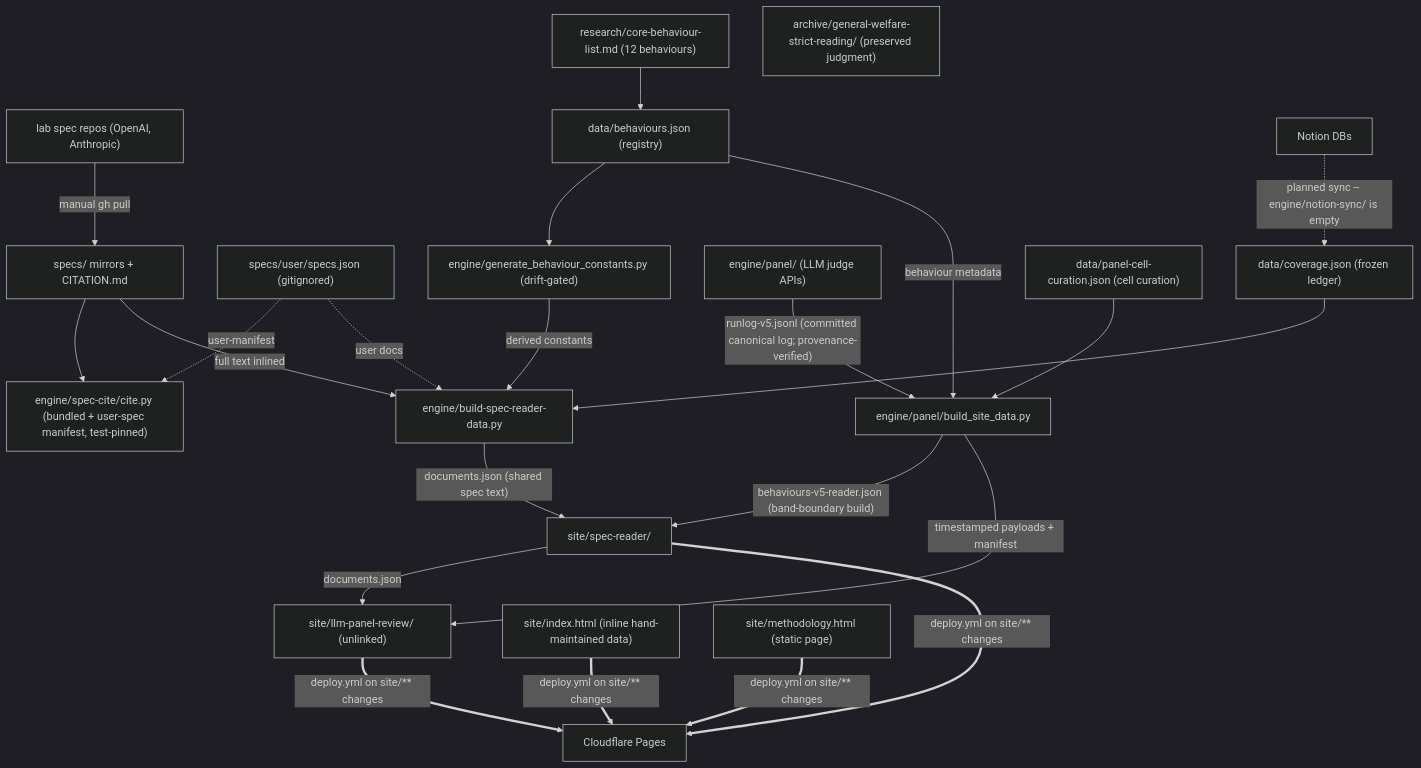
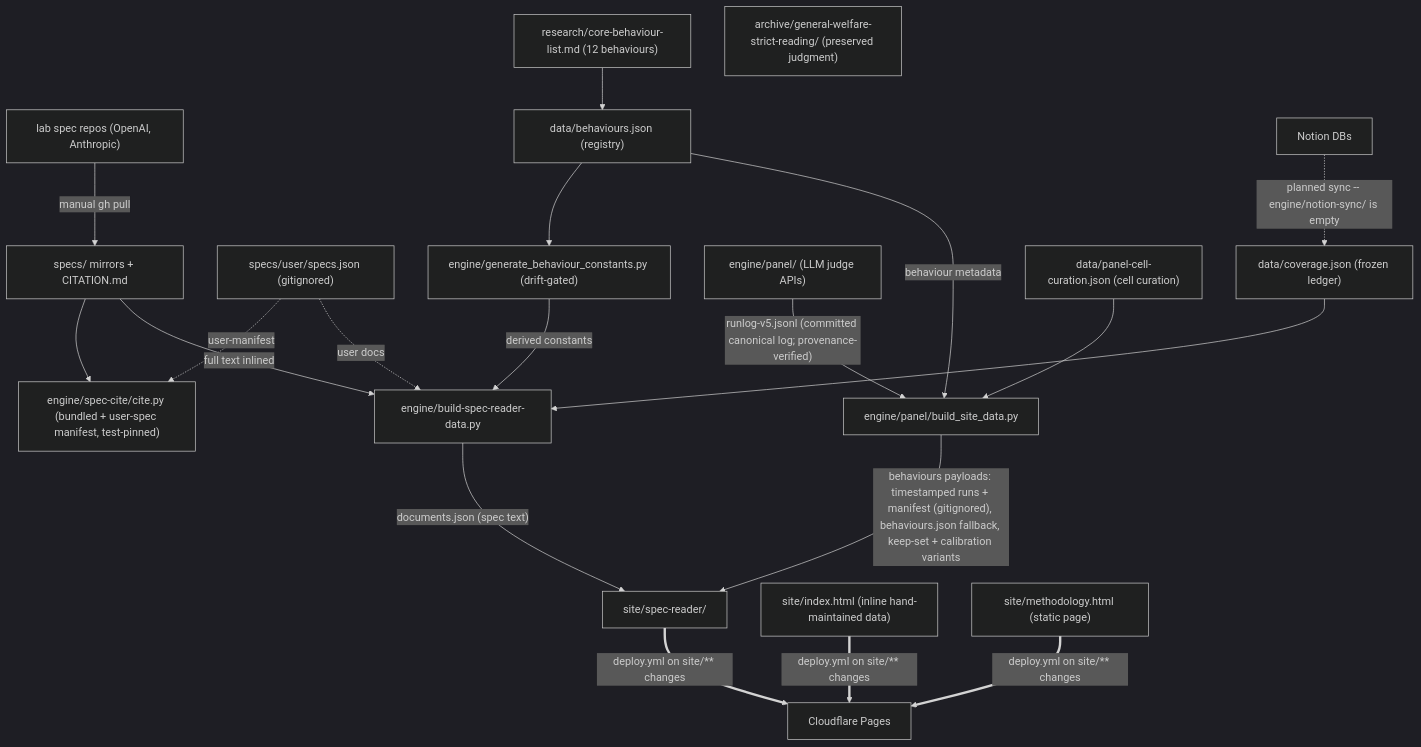
The diagram in SYSTEM.md (AndresCotton/ai-character-index), drawn with Mermaid (dark theme) before and after one commit. The commit also changed other lines of this file and 19 other files, not shown here.

````diff
--- a/SYSTEM.md
+++ b/SYSTEM.md
@@ -13,24 +13,22 @@
 ```mermaid
 graph TB
   upstream["lab spec repos (OpenAI, Anthropic)"] -->|"manual gh pull"| specs["specs/ mirrors + CITATION.md"]
   specs --> cite["engine/spec-cite/cite.py (bundled + user-spec manifest, test-pinned)"]
   um["specs/user/specs.json (gitignored)"] -.->|user-manifest| cite
   core["research/core-behaviour-list.md (12 behaviours)"] --> reg["data/behaviours.json (registry)"]
   cov["data/coverage.json (frozen ledger)"] --> bsr
   panel["engine/panel/ (LLM judge APIs)"] -->|"runlog-v5.jsonl (committed canonical log; provenance-verified)"| bsd["engine/panel/build_site_data.py"]
   reg --> gbc["engine/generate_behaviour_constants.py (drift-gated)"]
   reg -->|behaviour metadata| bsd
   gbc -->|derived constants| bsr
   cur["data/panel-cell-curation.json (cell curation)"] --> bsd
   um -.->|user docs| bsr["engine/build-spec-reader-data.py"]
   specs -->|"full text inlined"| bsr
-  bsr -->|"documents.json (shared spec text)"| reader["site/spec-reader/"]
-  bsd -->|"behaviours-v5-reader.json (band-boundary build)"| reader
-  bsd -->|"timestamped payloads + manifest"| panelview["site/llm-panel-review/ (unlinked)"]
-  reader -->|"documents.json"| panelview
+  bsr -->|"documents.json (spec text)"| reader["site/spec-reader/"]
+  bsd -->|"behaviours payloads: timestamped runs + manifest (gitignored), behaviours.json fallback, keep-set + calibration variants"| reader
   arch["archive/general-welfare-strict-reading/ (preserved judgment)"]
   proto["site/index.html (inline hand-maintained data)"]
   meth["site/methodology.html (static page)"]
-  reader & panelview & proto & meth ==>|"deploy.yml on site/** changes"| cf["Cloudflare Pages"]
+  reader & proto & meth ==>|"deploy.yml on site/** changes"| cf["Cloudflare Pages"]
   notion["Notion DBs"] -.->|"planned sync -- engine/notion-sync/ is empty"| cov
 ```
````
